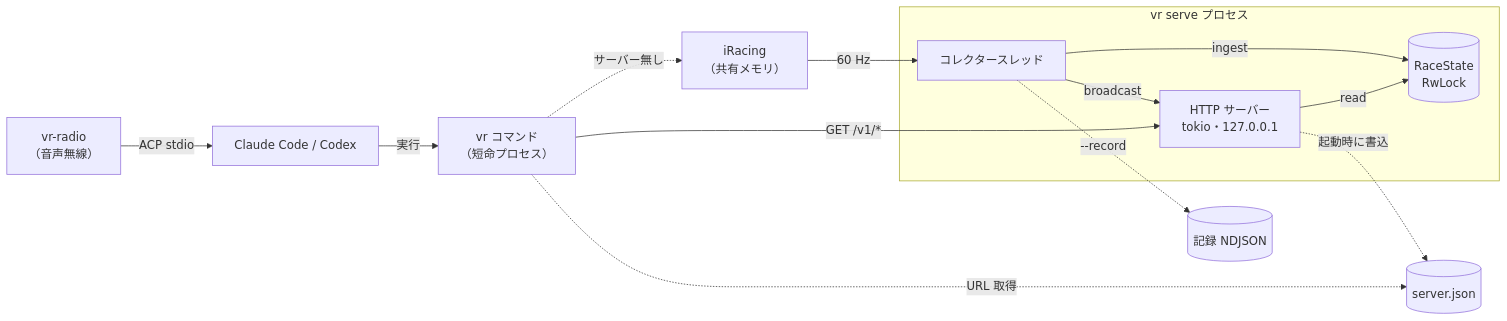
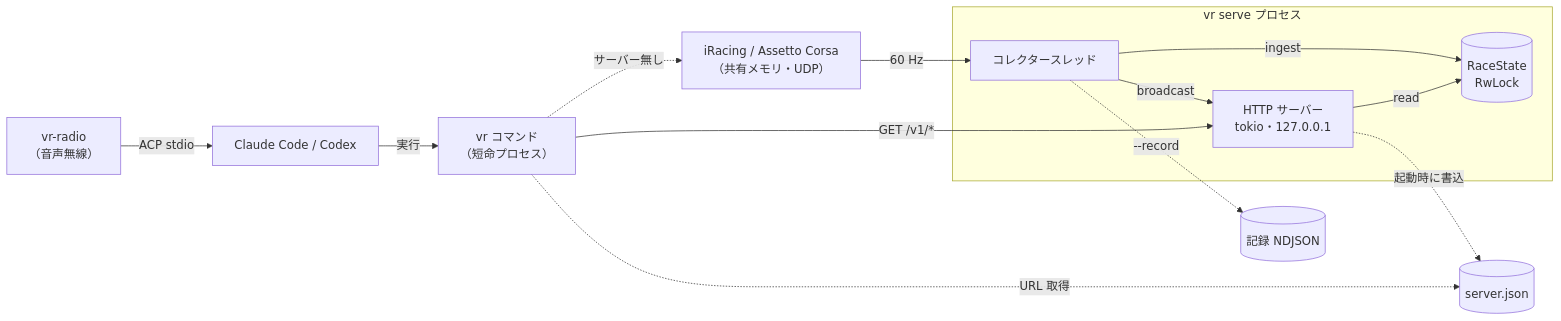
Before and after one commit to r4ai/vibe-racing: the second of 5 diagrams in docs/architecture.md, drawn with Mermaid. The commit also changed other lines of this file and 28 other files, not shown here.

First line of the commit message:
feat: Assetto Corsa support from its shared memory, UDP and results

````diff
--- a/docs/architecture.md
+++ b/docs/architecture.md
@@ -76,26 +77,26 @@
 ```mermaid
 flowchart LR
-    Game["iRacing<br/>（共有メモリ）"]
+    Game["iRacing / Assetto Corsa<br/>（共有メモリ・UDP）"]
     subgraph Serve["vr serve プロセス"]
         Col["コレクタースレッド"]
         St[("RaceState<br/>RwLock")]
         Http["HTTP サーバー<br/>tokio・127.0.0.1"]
         Col -->|ingest| St
         Http -->|read| St
         Col -->|broadcast| Http
     end
     Radio["vr-radio<br/>（音声無線）"]
     Agent["Claude Code / Codex"]
     Vr["vr コマンド<br/>（短命プロセス）"]
     Disc[("server.json")]
     Rec[("記録 NDJSON")]
 
     Game -->|60 Hz| Col
     Col -.->|--record| Rec
     Http -.->|起動時に書込| Disc
     Radio -->|ACP stdio| Agent
     Agent -->|実行| Vr
     Vr -.->|URL 取得| Disc
     Vr -->|GET /v1/*| Http
     Vr -.->|サーバー無し| Game
 ```
````
